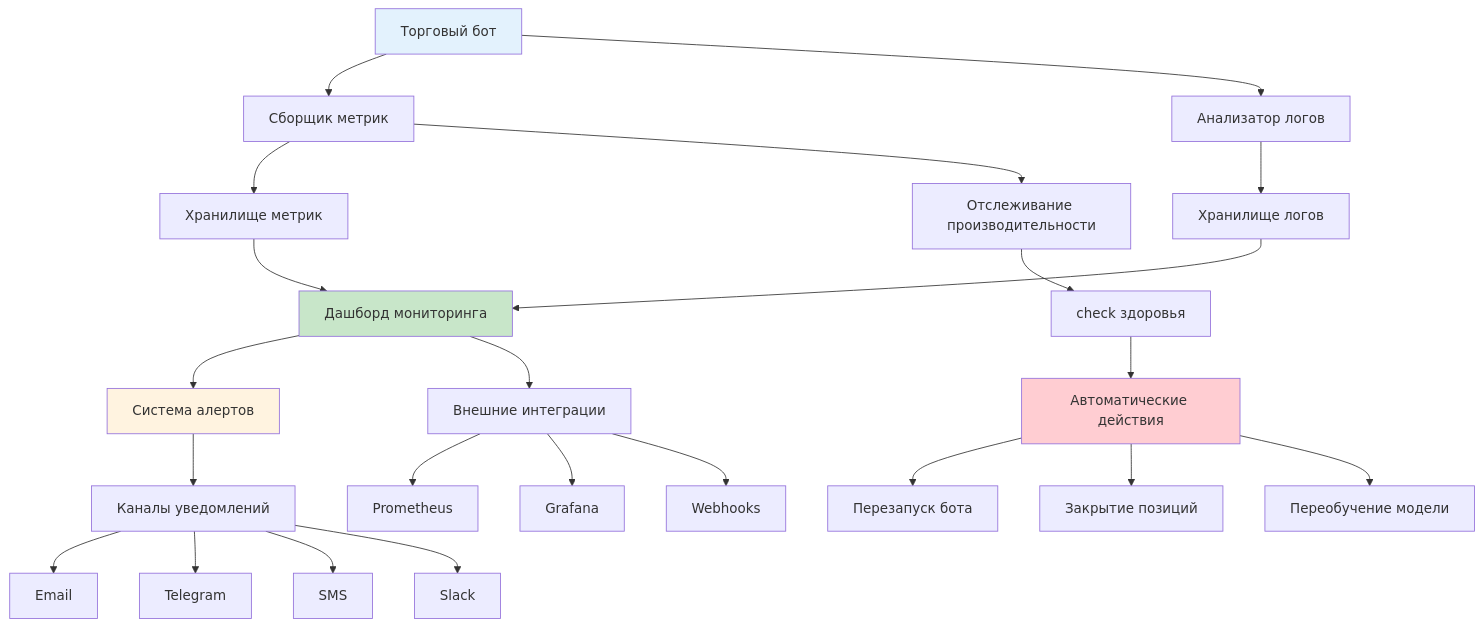
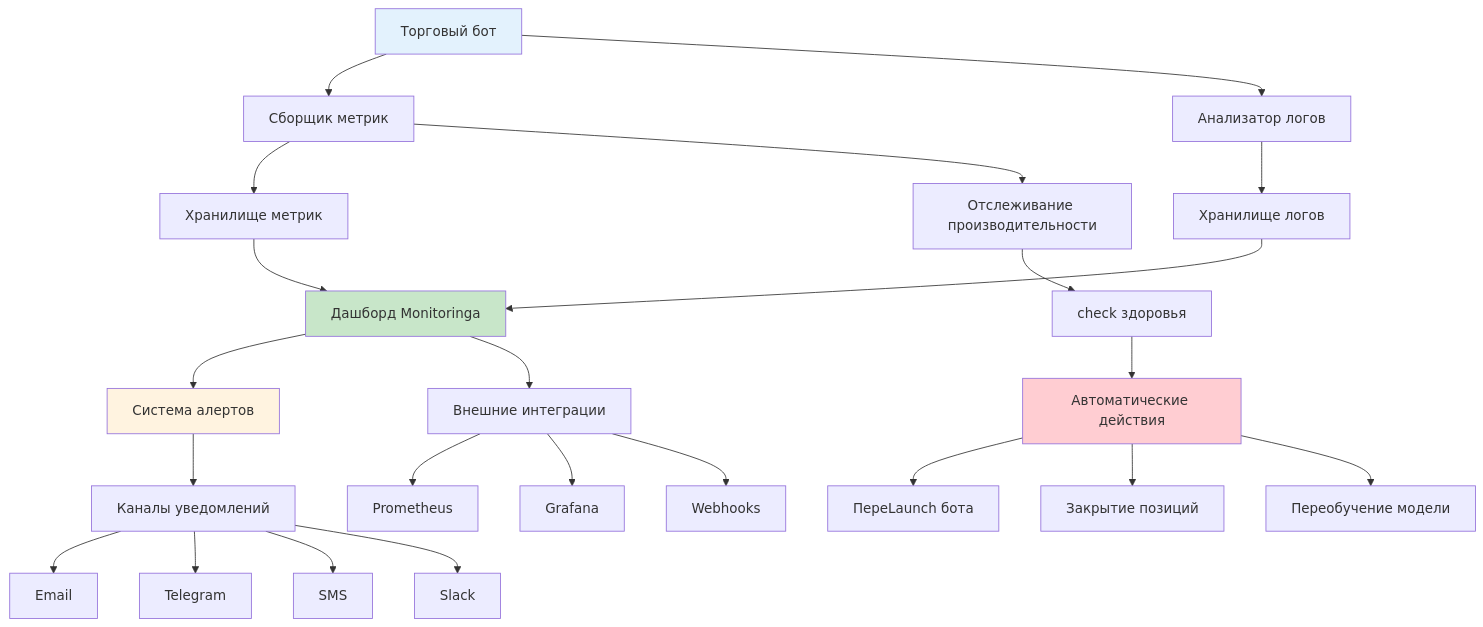
The first of 8 diagrams in docs/automl/gluon/27_trading_bot_monitoring.md (NeoZorK/neozork-hld-prediction), drawn with Mermaid before and after one commit. The commit also changed other lines of this file and 102 other files, not shown here.

````diff
--- a/docs/automl/gluon/27_trading_bot_monitoring.md
+++ b/docs/automl/gluon/27_trading_bot_monitoring.md
@@ -38,37 +38,37 @@
 ```mermaid
 graph TD
  A[Торговый бот] --> B[Сборщик метрик]
  A --> C[Анализатор логов]
 
  B --> D[Хранилище метрик]
  C --> E[Хранилище логов]
 
- D --> F[Дашборд мониторинга]
+ D --> F[Дашборд Monitoringа]
  E --> F
 
  F --> G[Система алертов]
  G --> H[Каналы уведомлений]
 
  H --> I[Email]
  H --> J[Telegram]
  H --> K[SMS]
  H --> L[Slack]
 
  B --> M[Отслеживание производительности]
  M --> N[check здоровья]
 
  N --> O[Автоматические действия]
- O --> P[Перезапуск бота]
+ O --> P[ПереLaunch бота]
  O --> Q[Закрытие позиций]
  O --> R[Переобучение модели]
 
  F --> S[Внешние интеграции]
  S --> T[Prometheus]
  S --> U[Grafana]
  S --> V[Webhooks]
 
  style A fill:#e3f2fd
  style F fill:#c8e6c9
  style G fill:#fff3e0
  style O fill:#ffcdd2
 ```
````
